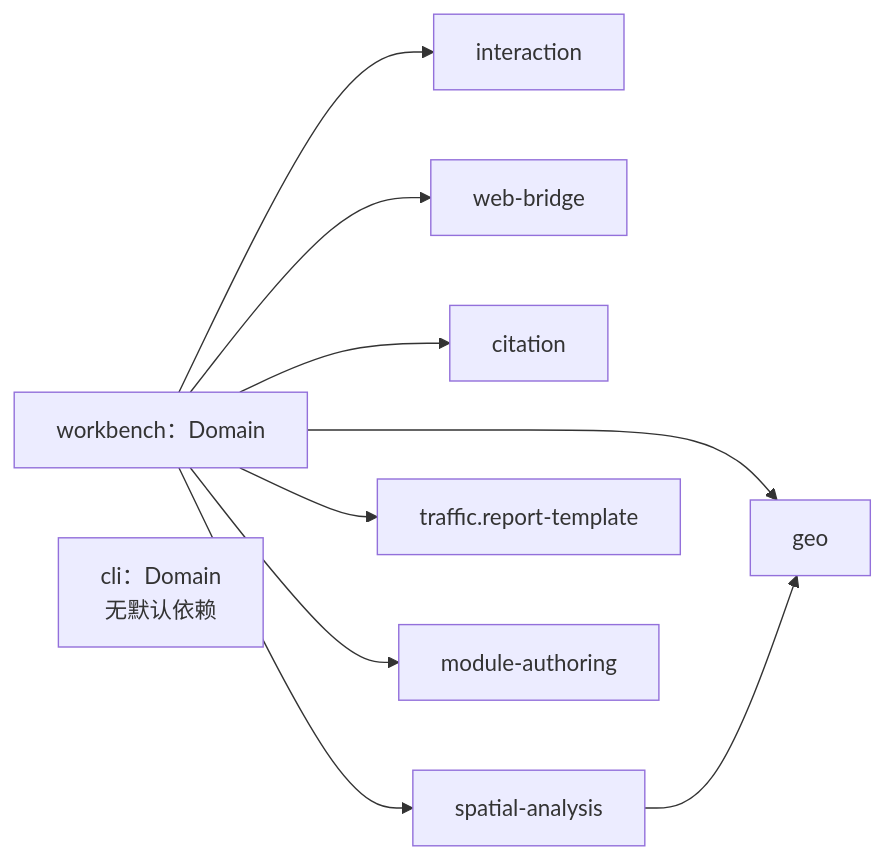
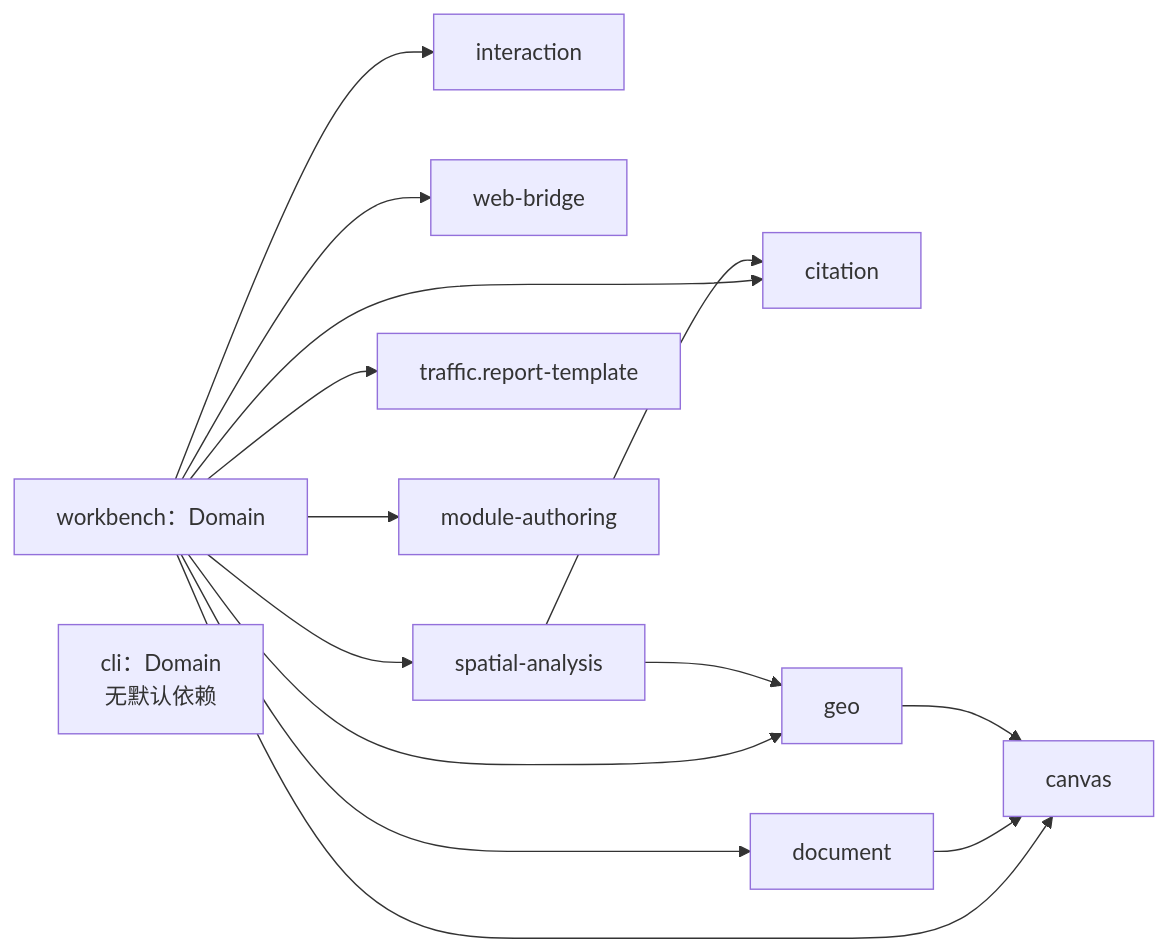
The third of 3 diagrams in docs/ARCHITECTURE.md (Ran2424/transportx-agent), drawn with Mermaid before and after one commit. The commit also changed other lines of this file and 17 other files, not shown here.

````diff
--- a/docs/ARCHITECTURE.md
+++ b/docs/ARCHITECTURE.md
@@ -267,13 +313,18 @@
 ```mermaid
 flowchart LR
   wb["workbench：Domain"]
   cliDomain["cli：Domain<br/>无默认依赖"]
   wb --> interaction["interaction"]
   wb --> bridge["web-bridge"]
   wb --> citation["citation"]
+  wb --> canvas["canvas"]
+  wb --> document["document"]
   wb --> geo["geo"]
   wb --> spatial["spatial-analysis"]
   wb --> template["traffic.report-template"]
   wb --> author["module-authoring"]
+  document --> canvas
+  geo --> canvas
   spatial --> geo
+  spatial --> citation
 ```
````
